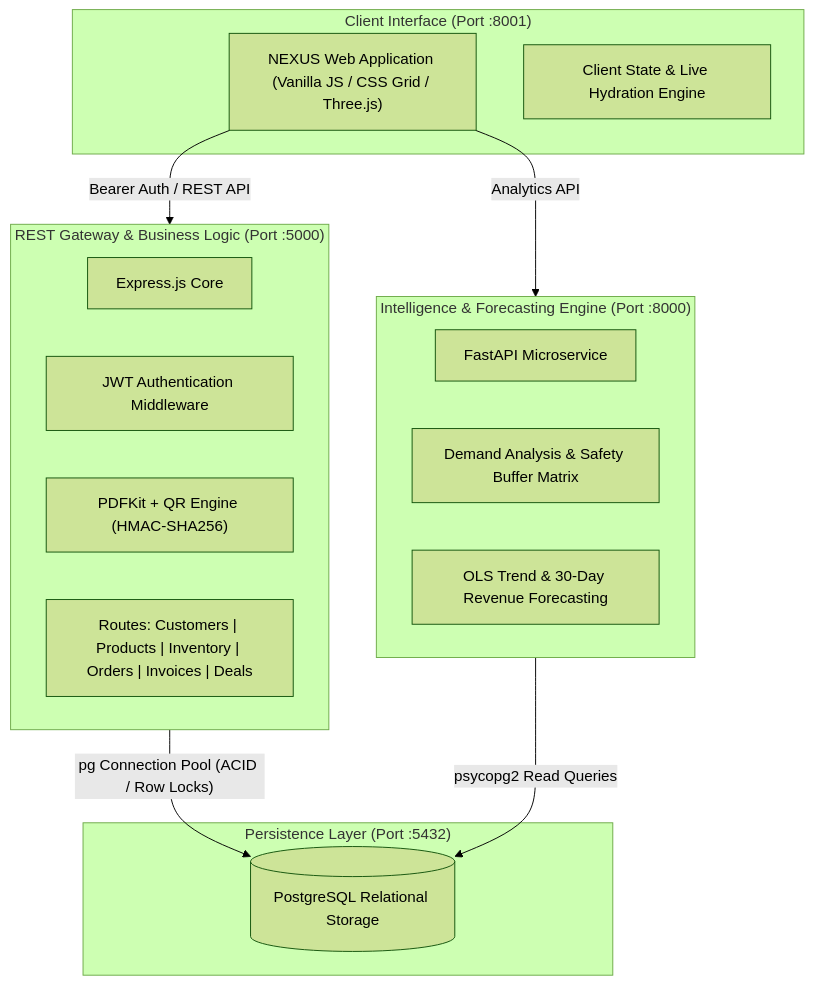
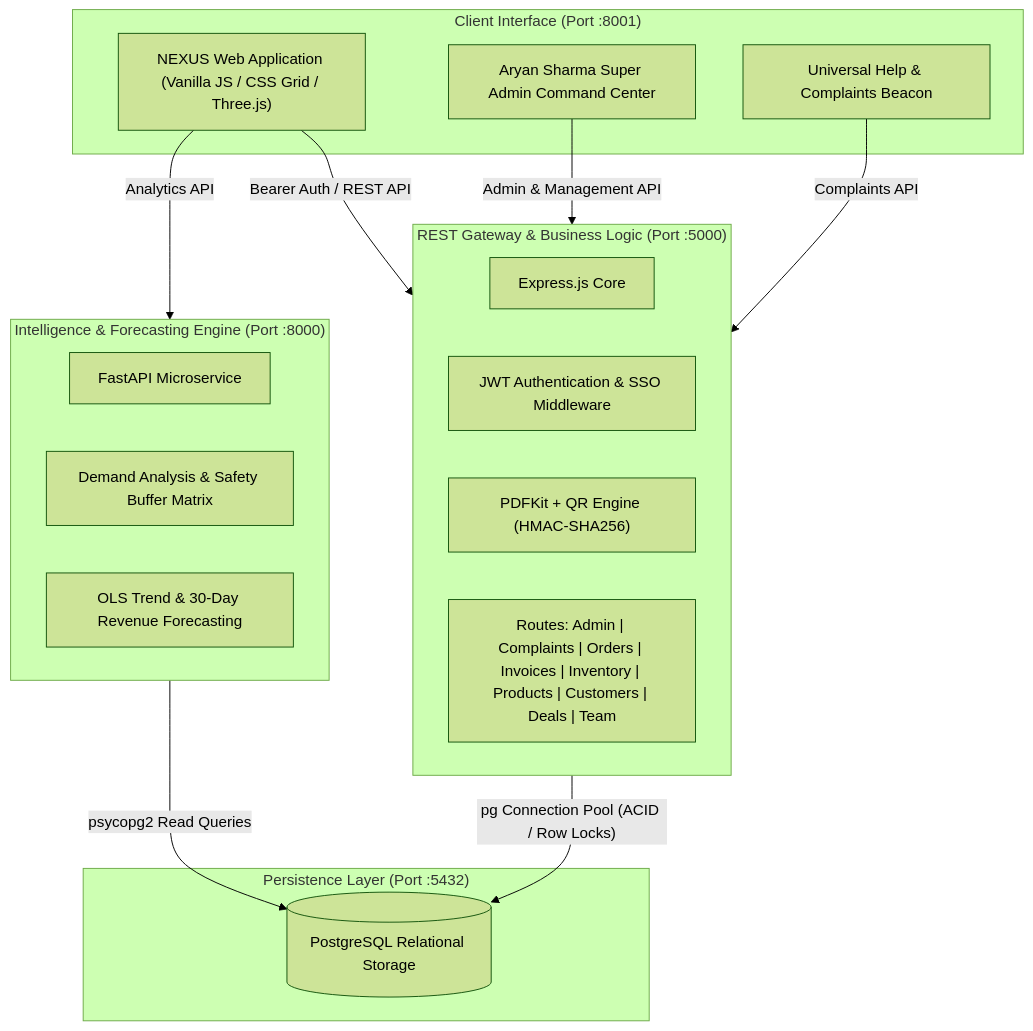
Before and after one commit to aaddi1/NEXUS: the first of 2 diagrams in README.md, drawn with Mermaid (forest theme). The commit also changed other lines of this file, not shown here.

Commit message:
Update README.md with comprehensive documentation for Super Admin portal, role matrix, complaints system, and credentials

````diff
--- a/README.md
+++ b/README.md
@@ -30,29 +30,32 @@
 ```mermaid
 flowchart TD
     subgraph Client ["Client Interface (Port :8001)"]
         UI["NEXUS Web Application (Vanilla JS / CSS Grid / Three.js)"]
-        State["Client State & Live Hydration Engine"]
+        SuperAdminUI["Aryan Sharma Super Admin Command Center"]
+        HelpBeacon["Universal Help & Complaints Beacon"]
     end
 
     subgraph BackendGateway ["REST Gateway & Business Logic (Port :5000)"]
         Express["Express.js Core"]
-        AuthMid["JWT Authentication Middleware"]
+        AuthMid["JWT Authentication & SSO Middleware"]
         PDFGen["PDFKit + QR Engine (HMAC-SHA256)"]
-        Routes["Routes: Customers | Products | Inventory | Orders | Invoices | Deals"]
+        Routes["Routes: Admin | Complaints | Orders | Invoices | Inventory | Products | Customers | Deals | Team"]
     end
 
     subgraph AnalyticsEngine ["Intelligence & Forecasting Engine (Port :8000)"]
         FastAPI["FastAPI Microservice"]
         Demand["Demand Analysis & Safety Buffer Matrix"]
         Forecast["OLS Trend & 30-Day Revenue Forecasting"]
     end
 
     subgraph DataPersistence ["Persistence Layer (Port :5432)"]
         Postgres[(PostgreSQL Relational Storage)]
     end
 
     UI -->|"Bearer Auth / REST API"| BackendGateway
+    SuperAdminUI -->|"Admin & Management API"| BackendGateway
+    HelpBeacon -->|"Complaints API"| BackendGateway
     UI -->|"Analytics API"| AnalyticsEngine
     BackendGateway -->|"pg Connection Pool (ACID / Row Locks)"| Postgres
     AnalyticsEngine -->|"psycopg2 Read Queries"| Postgres
 ```
````
